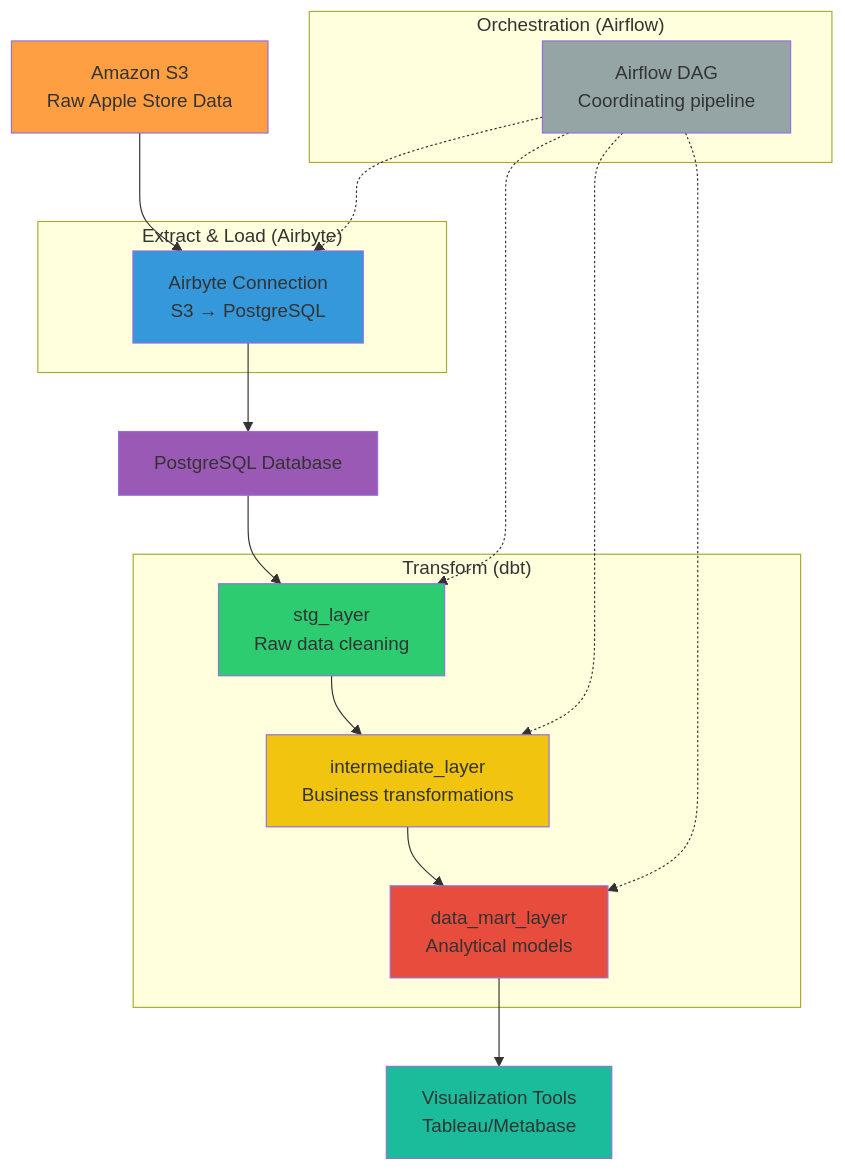
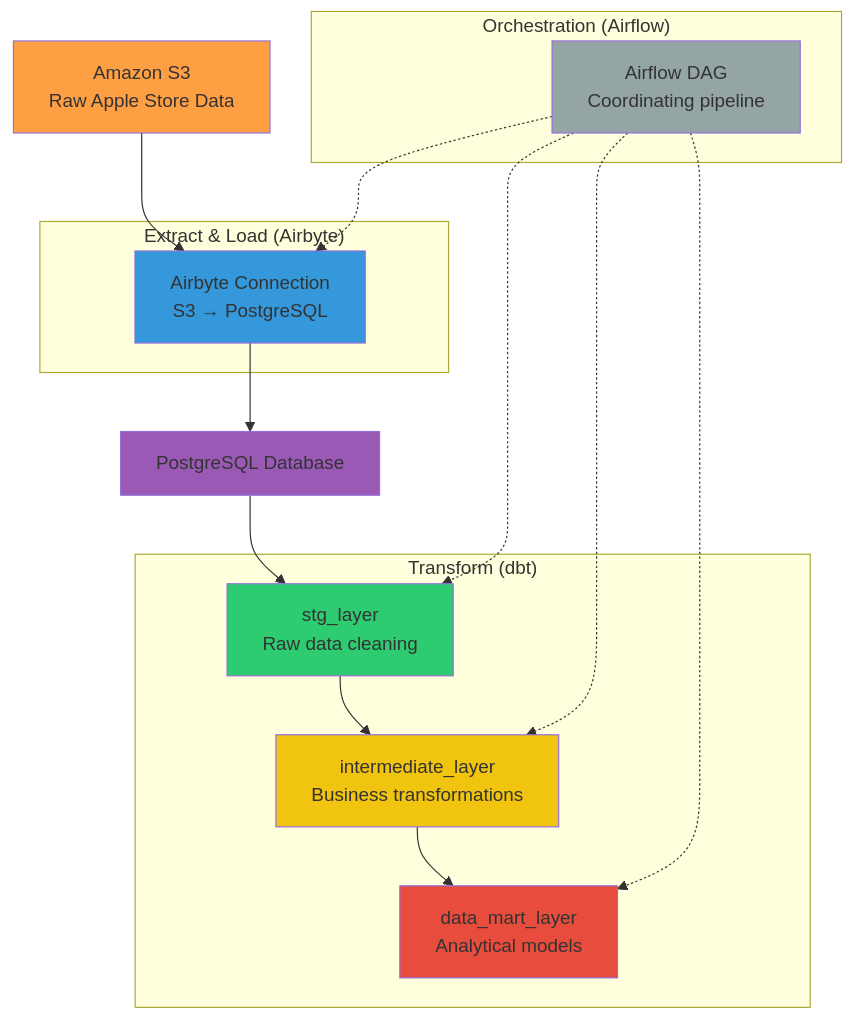
One commit to MaximSI81/dbt_project_applestore changed the diagram in README.md. Above: the diagram before and after it, drawn with Mermaid. The commit also changed other lines of this file, not shown here.

Commit message:
commit 4 20.09.25

````diff
--- a/README.md
+++ b/README.md
@@ -9,43 +9,41 @@
 ```mermaid
 graph TB
     S3[Amazon S3<br>Raw Apple Store Data]
     
     subgraph "Extract & Load (Airbyte)"
         A1[Airbyte Connection<br>S3 → PostgreSQL]
     end
     
     PG[PostgreSQL Database]
     
     subgraph "Transform (dbt)"
         STG[stg_layer<br>Raw data cleaning]
         INT[intermediate_layer<br>Business transformations]
         DM[data_mart_layer<br>Analytical models]
     end
     
     subgraph "Orchestration (Airflow)"
         AF[Airflow DAG<br>Coordinating pipeline]
     end
     
-    VIZ[Visualization Tools<br>Tableau/Metabase]
-    
+
     S3 --> A1
     A1 --> PG
     PG --> STG
     STG --> INT
     INT --> DM
-    DM --> VIZ
+
     
     AF -.-> A1
     AF -.-> STG
     AF -.-> INT
     AF -.-> DM
     
     style S3 fill:#ff9f43
     style A1 fill:#3498db
     style PG fill:#9b59b6
     style STG fill:#2ecc71
     style INT fill:#f1c40f
     style DM fill:#e74c3c
     style AF fill:#95a5a6
-    style VIZ fill:#1abc9c
 ```
````
